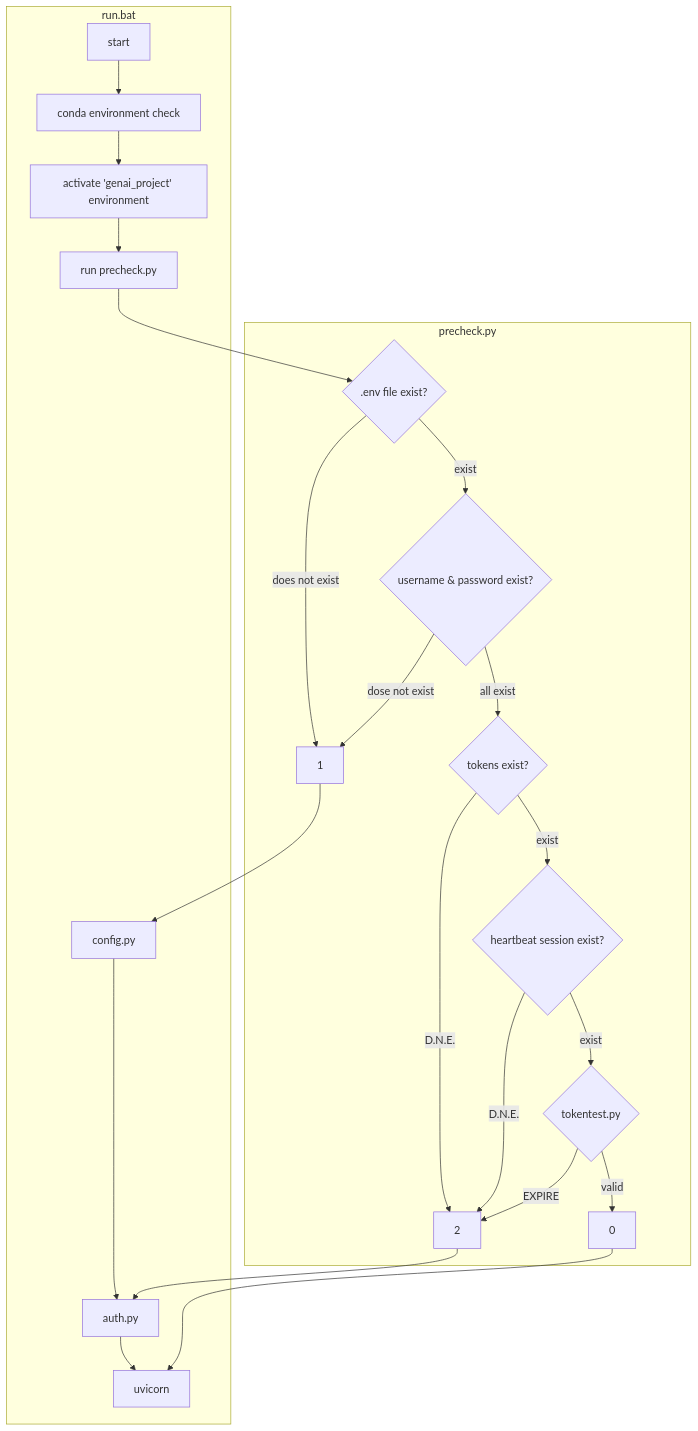
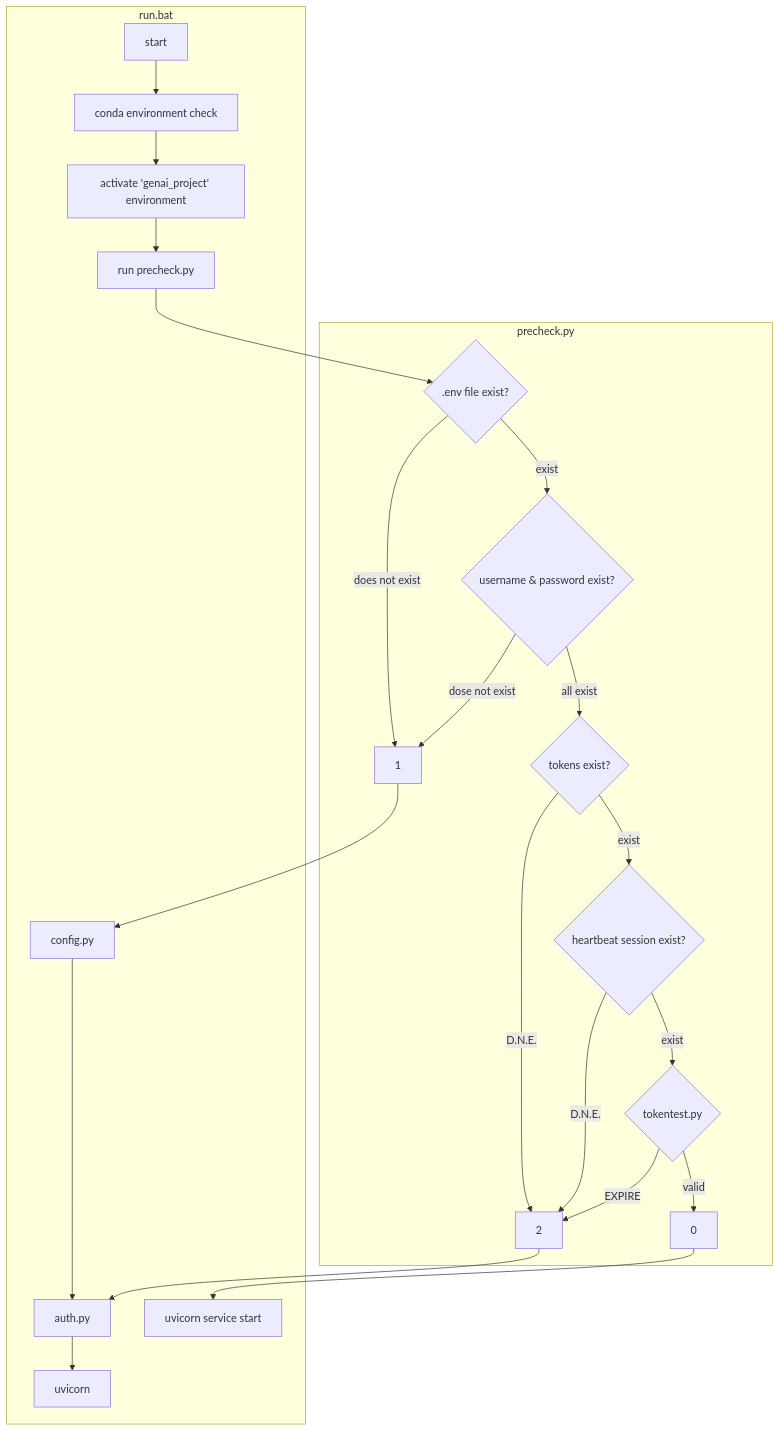
One commit to sealeelike/XIPUAI-to-openAI-compatible-API changed the diagram in README.md. Above: the diagram before and after it, drawn with Mermaid.

````diff
--- a/README.md
+++ b/README.md
@@ -103,27 +103,27 @@
 ```mermaid
 graph TD
     subgraph precheck.py
         A{.env file exist?}
         A --exist--> D{username & password exist?}
         A --does not exist--> 1
 
         D --all exist--> F{tokens exist?}
         D --dose not exist--> 1
 
         F --D.N.E.--> 2
         F --exist--> H{heartbeat session exist?}
         H --exist--> I{tokentest.py}
         H --D.N.E.--> 2
 
 
         I --EXPIRE--> 2
         I --valid--> 0
     end
     subgraph run.bat
         a[start] --> b[conda environment check] --> c[activate 'genai_project' environment] --> d[run precheck.py] --> A
         1 --> config.py --> auth.py --> uvicorn
         2 --> auth.py
-        0 --> uvicorn
+        0 --> e[uvicorn service start]
     end
 
 ```
````
